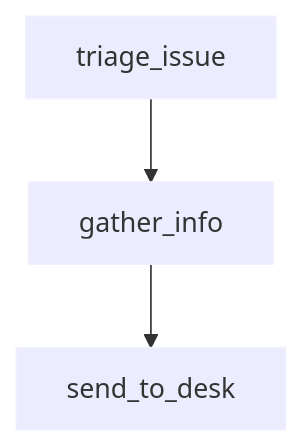
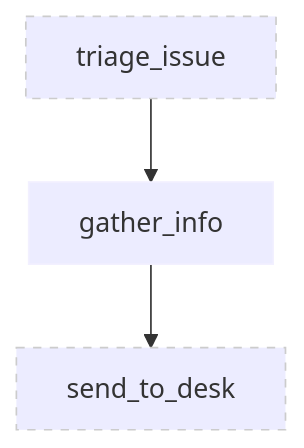
One commit to dextersjab/agentic-workbench-langgraph changed the fourth of 5 diagrams in src/workflows/support_desk/nodes/README.md. Above: the diagram before and after it, drawn with Mermaid. The commit also changed other lines of this file, not shown here.

````diff
--- a/src/workflows/support_desk/nodes/README.md
+++ b/src/workflows/support_desk/nodes/README.md
@@ -73,7 +82,10 @@
 ```mermaid
 graph TD
     A[triage_issue] --> B[gather_info]
     B --> C[send_to_desk]
     
     classDef default stroke:#f2f0ff,line-height:1.2
+    classDef context stroke-dasharray: 5 5,stroke:#cccccc,line-height:1.2
+    
+    class A,C context
 ```
````
